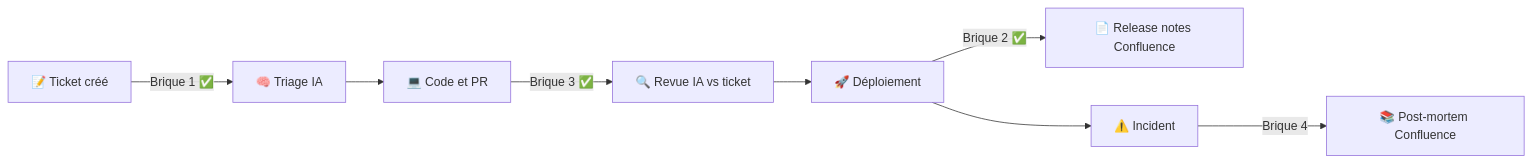
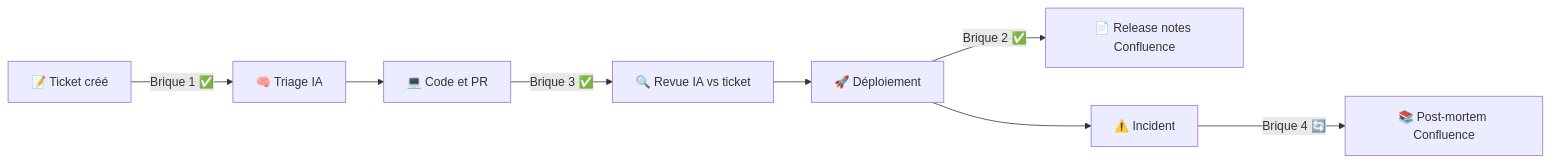
The diagram in docs/03-carnet-de-bord.md (mbahnis/POC-AI-Atlassian), drawn with Mermaid before and after one commit. The commit also changed other lines of this file and 6 other files, not shown here.

````diff
--- a/docs/03-carnet-de-bord.md
+++ b/docs/03-carnet-de-bord.md
@@ -36,10 +36,10 @@
 ```mermaid
 flowchart LR
     A[📝 Ticket créé] -->|Brique 1 ✅| B[🧠 Triage IA]
     B --> C[💻 Code et PR]
     C -->|Brique 3 ✅| D[🔍 Revue IA vs ticket]
     D --> E[🚀 Déploiement]
     E -->|Brique 2 ✅| F[📄 Release notes Confluence]
     E --> G[⚠️ Incident]
-    G -->|Brique 4| H[📚 Post-mortem Confluence]
+    G -->|Brique 4 🔄| H[📚 Post-mortem Confluence]
 ```
````
